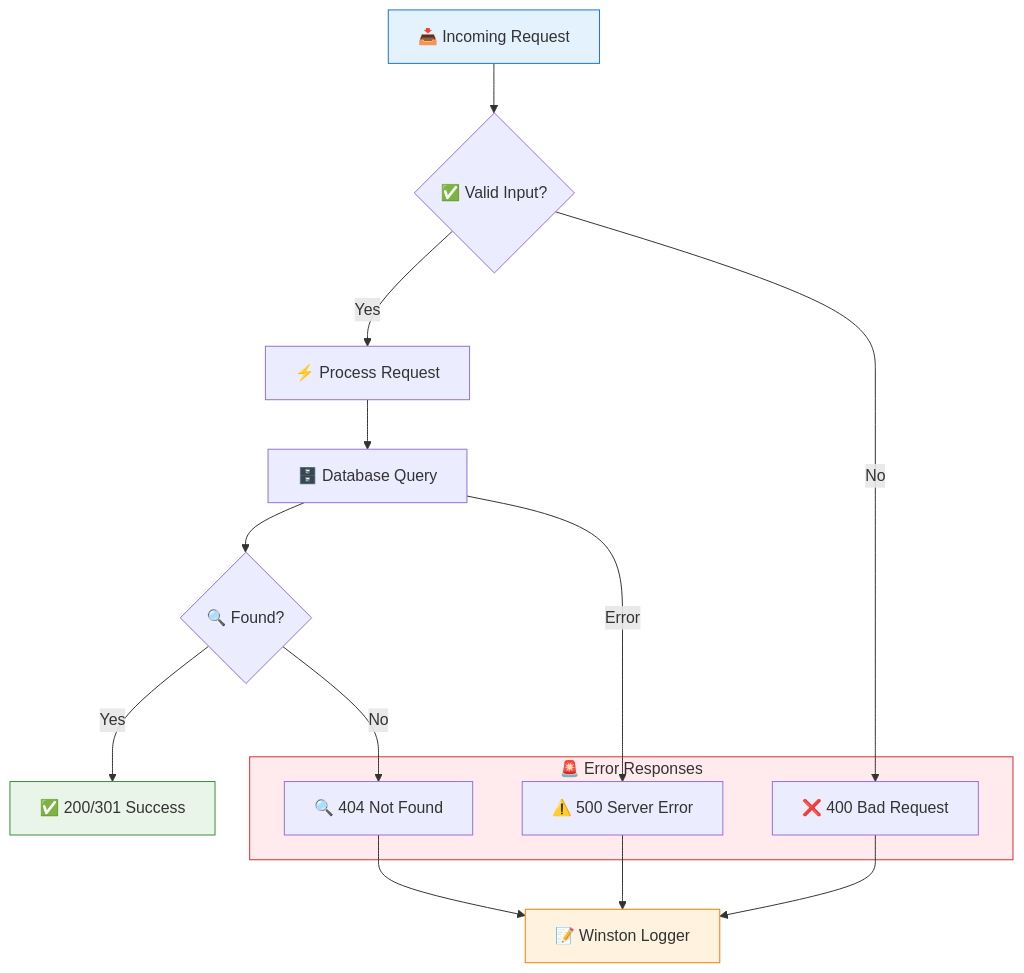
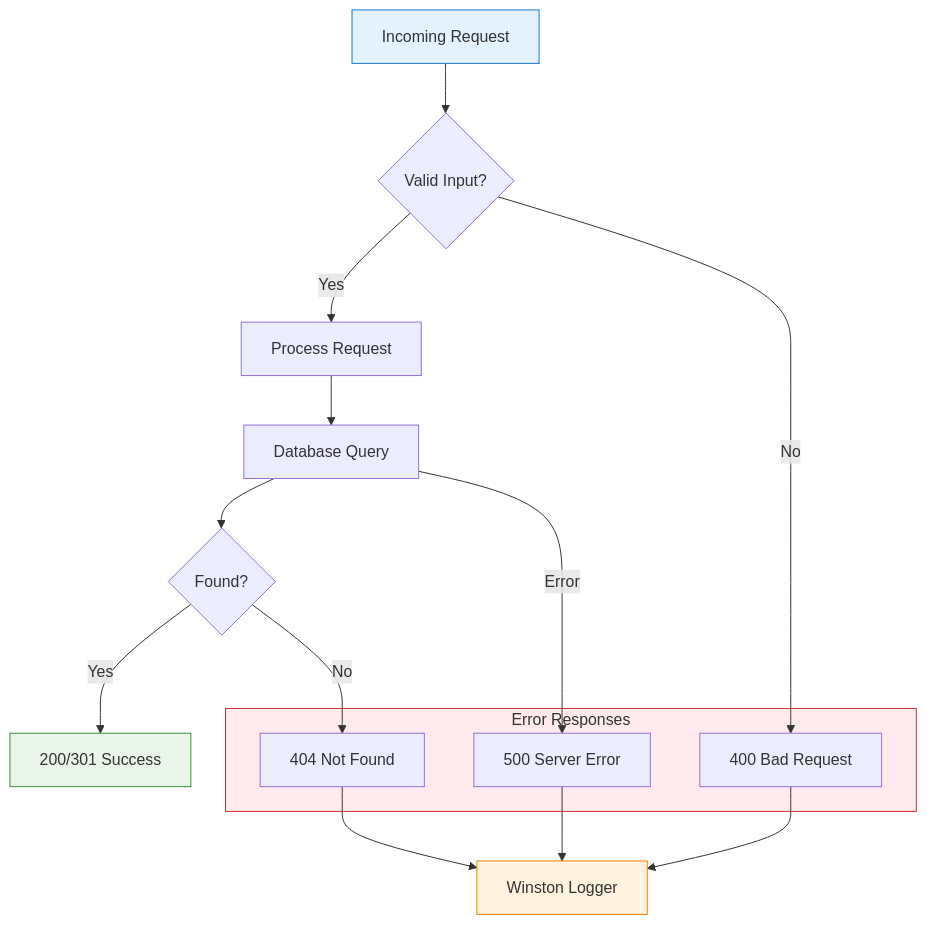
One commit to Shahriarin2garden/url-shortener-lab02-feature-nginx-layer changed diagram 12 of 13 in url-shortener-lab02-feature-nginx-layer/README.md. Above: the diagram before and after it, drawn with Mermaid. The commit also changed other lines of this file, not shown here.

````diff
--- a/url-shortener-lab02-feature-nginx-layer/README.md
+++ b/url-shortener-lab02-feature-nginx-layer/README.md
@@ -429,30 +477,30 @@
 ```mermaid
 graph TD
-    Request[📥 Incoming Request] --> Validate{✅ Valid Input?}
-    
-    Validate -->|Yes| Process[⚡ Process Request]
-    Validate -->|No| BadRequest[❌ 400 Bad Request]
-    
-    Process --> Database[🗄️ Database Query]
-    Database --> Found{🔍 Found?}
-    
-    Found -->|Yes| Success[✅ 200/301 Success]
-    Found -->|No| NotFound[🔍 404 Not Found]
-    
-    Database -->|Error| ServerError[⚠️ 500 Server Error]
-    
-    subgraph Errors[🚨 Error Responses]
+    Request[Incoming Request] --> Validate{Valid Input?}
+
+    Validate -->|Yes| Process[Process Request]
+    Validate -->|No| BadRequest[400 Bad Request]
+
+    Process --> Database[Database Query]
+    Database --> Found{Found?}
+
+    Found -->|Yes| Success[200/301 Success]
+    Found -->|No| NotFound[404 Not Found]
+
+    Database -->|Error| ServerError[500 Server Error]
+
+    subgraph Errors[Error Responses]
         BadRequest
         NotFound
         ServerError
     end
-    
-    BadRequest --> Logger[📝 Winston Logger]
+
+    BadRequest --> Logger[Winston Logger]
     NotFound --> Logger
     ServerError --> Logger
-    
+
     style Request fill:#e3f2fd,stroke:#1976d2
     style Success fill:#e8f5e8,stroke:#388e3c
     style Errors fill:#ffebee,stroke:#d32f2f
     style Logger fill:#fff3e0,stroke:#f57c00
 ```
````
